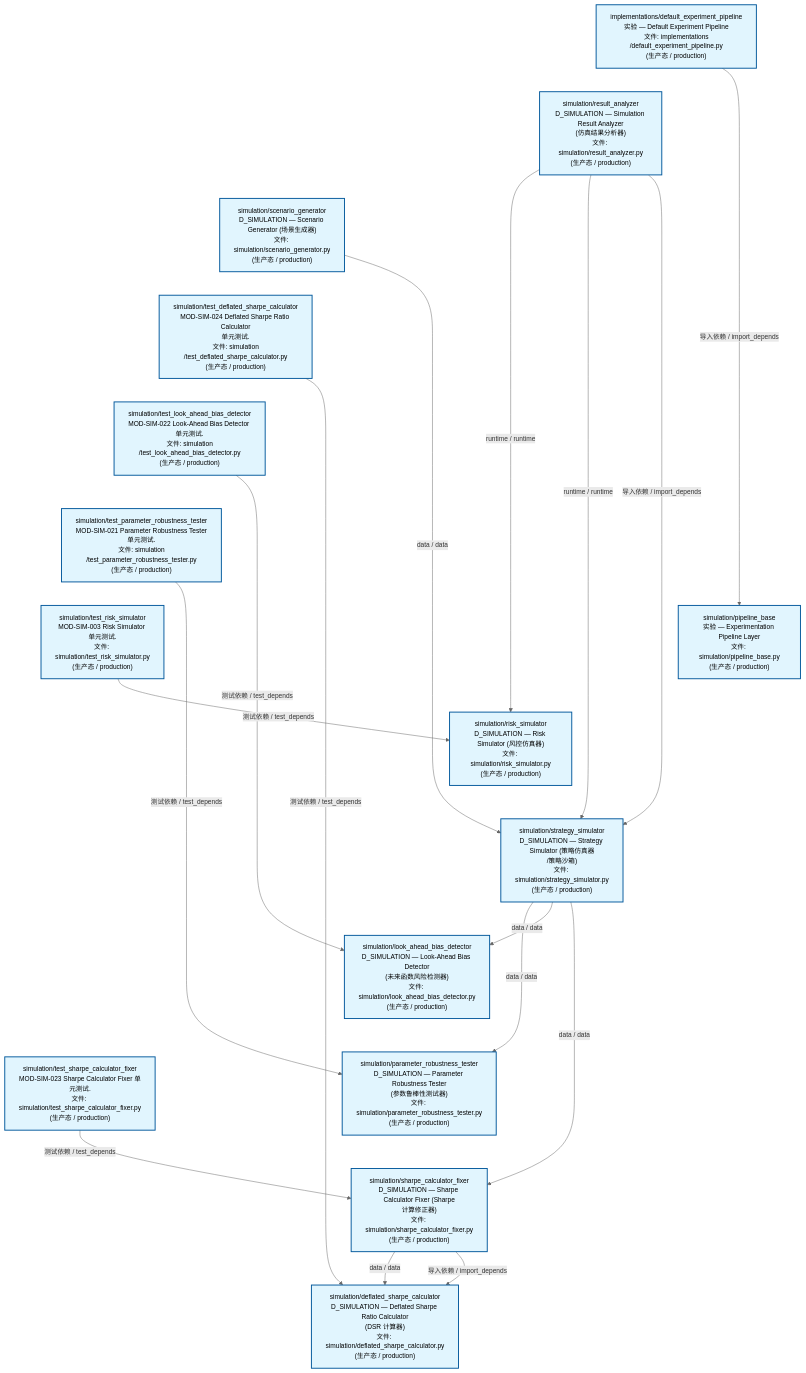
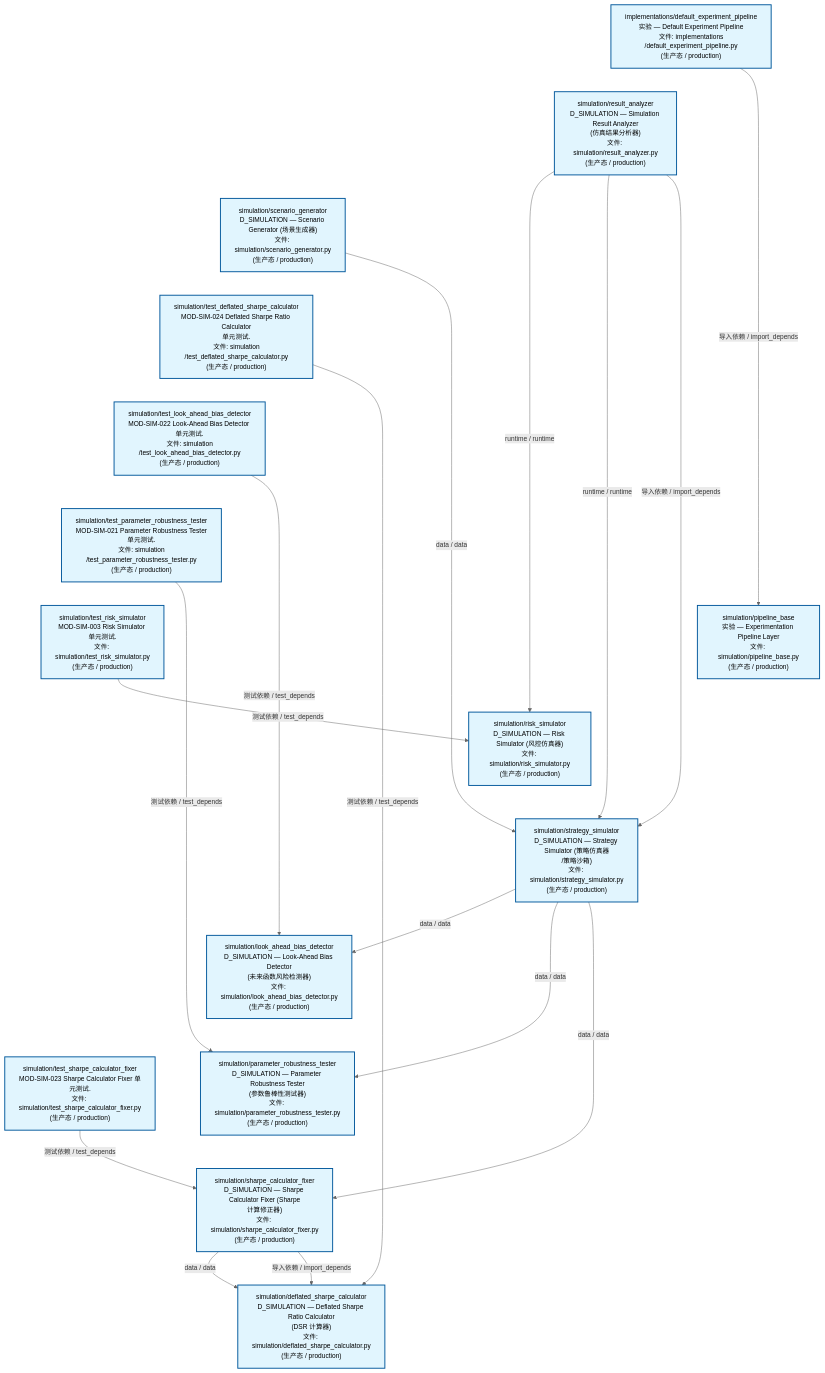
Before and after one commit to xuanFelixVan/ZephyrAlpha: the second of 3 diagrams in docs/02_enterprise_architecture/02_domain_architecture_docs/70_d_simulation.md, drawn with Mermaid. The commit also changed other lines of this file and 47 other files, not shown here.

````diff
--- a/docs/02_enterprise_architecture/02_domain_architecture_docs/70_d_simulation.md
+++ b/docs/02_enterprise_architecture/02_domain_architecture_docs/70_d_simulation.md
@@ -123,50 +123,50 @@
 ```mermaid
 %%{init: {'theme': 'base', 'themeVariables': {'primaryColor': '#eaeaea', 'primaryTextColor': '#333333', 'primaryBorderColor': '#666666', 'lineColor': '#666666', 'secondaryColor': '#eaeaea', 'tertiaryColor': '#eaeaea', 'fontSize': '14px'}}}%%
 flowchart TD
     src_zephyr_simulation_implementations_default_experiment_pipeline_py["implementations/default_experiment_pipeline<br/>实验 — Default Experiment Pipeline<br/>文件: implementations<br/>/default_experiment_pipeline.py<br/>(生产态 / production)"]
     src_zephyr_simulation_result_analyzer_py["simulation/result_analyzer<br/>D_SIMULATION — Simulation Result Analyzer<br/>(仿真结果分析器)<br/>文件: simulation/result_analyzer.py<br/>(生产态 / production)"]
     src_zephyr_simulation_scenario_generator_py["simulation/scenario_generator<br/>D_SIMULATION — Scenario Generator (场景生成器)<br/>文件: simulation/scenario_generator.py<br/>(生产态 / production)"]
     tests_simulation_test_deflated_sharpe_calculator_py["simulation/test_deflated_sharpe_calculator<br/>MOD-SIM-024 Deflated Sharpe Ratio Calculator<br/>单元测试.<br/>文件: simulation<br/>/test_deflated_sharpe_calculator.py<br/>(生产态 / production)"]
     tests_simulation_test_look_ahead_bias_detector_py["simulation/test_look_ahead_bias_detector<br/>MOD-SIM-022 Look-Ahead Bias Detector 单元测试.<br/>文件: simulation<br/>/test_look_ahead_bias_detector.py<br/>(生产态 / production)"]
     tests_simulation_test_parameter_robustness_tester_py["simulation/test_parameter_robustness_tester<br/>MOD-SIM-021 Parameter Robustness Tester<br/>单元测试.<br/>文件: simulation<br/>/test_parameter_robustness_tester.py<br/>(生产态 / production)"]
     tests_simulation_test_risk_simulator_py["simulation/test_risk_simulator<br/>MOD-SIM-003 Risk Simulator 单元测试.<br/>文件: simulation/test_risk_simulator.py<br/>(生产态 / production)"]
     tests_simulation_test_sharpe_calculator_fixer_py["simulation/test_sharpe_calculator_fixer<br/>MOD-SIM-023 Sharpe Calculator Fixer 单元测试.<br/>文件: simulation/test_sharpe_calculator_fixer.py<br/>(生产态 / production)"]
     src_zephyr_simulation_implementations_default_experiment_pipeline_py ~~~ src_zephyr_simulation_result_analyzer_py
     src_zephyr_simulation_result_analyzer_py ~~~ src_zephyr_simulation_scenario_generator_py
     src_zephyr_simulation_scenario_generator_py ~~~ tests_simulation_test_deflated_sharpe_calculator_py
     tests_simulation_test_deflated_sharpe_calculator_py ~~~ tests_simulation_test_look_ahead_bias_detector_py
     tests_simulation_test_look_ahead_bias_detector_py ~~~ tests_simulation_test_parameter_robustness_tester_py
     tests_simulation_test_parameter_robustness_tester_py ~~~ tests_simulation_test_risk_simulator_py
     tests_simulation_test_risk_simulator_py ~~~ tests_simulation_test_sharpe_calculator_fixer_py
     src_zephyr_simulation_pipeline_base_py["simulation/pipeline_base<br/>实验 — Experimentation Pipeline Layer<br/>文件: simulation/pipeline_base.py<br/>(生产态 / production)"]
     src_zephyr_simulation_risk_simulator_py["simulation/risk_simulator<br/>D_SIMULATION — Risk Simulator (风控仿真器)<br/>文件: simulation/risk_simulator.py<br/>(生产态 / production)"]
     src_zephyr_simulation_strategy_simulator_py["simulation/strategy_simulator<br/>D_SIMULATION — Strategy Simulator (策略仿真器<br/>/策略沙箱)<br/>文件: simulation/strategy_simulator.py<br/>(生产态 / production)"]
     src_zephyr_simulation_pipeline_base_py ~~~ src_zephyr_simulation_risk_simulator_py
     src_zephyr_simulation_risk_simulator_py ~~~ src_zephyr_simulation_strategy_simulator_py
     src_zephyr_simulation_look_ahead_bias_detector_py["simulation/look_ahead_bias_detector<br/>D_SIMULATION — Look-Ahead Bias Detector<br/>(未来函数风险检测器)<br/>文件: simulation/look_ahead_bias_detector.py<br/>(生产态 / production)"]
     src_zephyr_simulation_parameter_robustness_tester_py["simulation/parameter_robustness_tester<br/>D_SIMULATION — Parameter Robustness Tester<br/>(参数鲁棒性测试器)<br/>文件: simulation/parameter_robustness_tester.py<br/>(生产态 / production)"]
     src_zephyr_simulation_sharpe_calculator_fixer_py["simulation/sharpe_calculator_fixer<br/>D_SIMULATION — Sharpe Calculator Fixer (Sharpe<br/>计算修正器)<br/>文件: simulation/sharpe_calculator_fixer.py<br/>(生产态 / production)"]
     src_zephyr_simulation_look_ahead_bias_detector_py ~~~ src_zephyr_simulation_parameter_robustness_tester_py
     src_zephyr_simulation_parameter_robustness_tester_py ~~~ src_zephyr_simulation_sharpe_calculator_fixer_py
     src_zephyr_simulation_deflated_sharpe_calculator_py["simulation/deflated_sharpe_calculator<br/>D_SIMULATION — Deflated Sharpe Ratio Calculator<br/>(DSR 计算器)<br/>文件: simulation/deflated_sharpe_calculator.py<br/>(生产态 / production)"]
+    src_zephyr_simulation_scenario_generator_py -->|data / data| src_zephyr_simulation_strategy_simulator_py
+    src_zephyr_simulation_sharpe_calculator_fixer_py -->|data / data| src_zephyr_simulation_deflated_sharpe_calculator_py
+    src_zephyr_simulation_sharpe_calculator_fixer_py -->|导入依赖 / import_depends| src_zephyr_simulation_deflated_sharpe_calculator_py
+    src_zephyr_simulation_strategy_simulator_py -->|data / data| src_zephyr_simulation_look_ahead_bias_detector_py
+    src_zephyr_simulation_strategy_simulator_py -->|data / data| src_zephyr_simulation_parameter_robustness_tester_py
+    src_zephyr_simulation_strategy_simulator_py -->|data / data| src_zephyr_simulation_sharpe_calculator_fixer_py
     src_zephyr_simulation_result_analyzer_py -->|runtime / runtime| src_zephyr_simulation_risk_simulator_py
     src_zephyr_simulation_result_analyzer_py -->|runtime / runtime| src_zephyr_simulation_strategy_simulator_py
     src_zephyr_simulation_result_analyzer_py -->|导入依赖 / import_depends| src_zephyr_simulation_strategy_simulator_py
-    src_zephyr_simulation_scenario_generator_py -->|data / data| src_zephyr_simulation_strategy_simulator_py
-    src_zephyr_simulation_sharpe_calculator_fixer_py -->|data / data| src_zephyr_simulation_deflated_sharpe_calculator_py
-    src_zephyr_simulation_sharpe_calculator_fixer_py -->|导入依赖 / import_depends| src_zephyr_simulation_deflated_sharpe_calculator_py
-    src_zephyr_simulation_strategy_simulator_py -->|data / data| src_zephyr_simulation_parameter_robustness_tester_py
-    src_zephyr_simulation_strategy_simulator_py -->|data / data| src_zephyr_simulation_look_ahead_bias_detector_py
-    src_zephyr_simulation_strategy_simulator_py -->|data / data| src_zephyr_simulation_sharpe_calculator_fixer_py
     src_zephyr_simulation_implementations_default_experiment_pipeline_py -->|导入依赖 / import_depends| src_zephyr_simulation_pipeline_base_py
+    tests_simulation_test_deflated_sharpe_calculator_py -->|测试依赖 / test_depends| src_zephyr_simulation_deflated_sharpe_calculator_py
+    tests_simulation_test_sharpe_calculator_fixer_py -->|测试依赖 / test_depends| src_zephyr_simulation_sharpe_calculator_fixer_py
     tests_simulation_test_look_ahead_bias_detector_py -->|测试依赖 / test_depends| src_zephyr_simulation_look_ahead_bias_detector_py
-    tests_simulation_test_sharpe_calculator_fixer_py -->|测试依赖 / test_depends| src_zephyr_simulation_sharpe_calculator_fixer_py
-    tests_simulation_test_deflated_sharpe_calculator_py -->|测试依赖 / test_depends| src_zephyr_simulation_deflated_sharpe_calculator_py
+    tests_simulation_test_risk_simulator_py -->|测试依赖 / test_depends| src_zephyr_simulation_risk_simulator_py
     tests_simulation_test_parameter_robustness_tester_py -->|测试依赖 / test_depends| src_zephyr_simulation_parameter_robustness_tester_py
-    tests_simulation_test_risk_simulator_py -->|测试依赖 / test_depends| src_zephyr_simulation_risk_simulator_py
     classDef production fill:#e1f5fe,stroke:#01579b,stroke-width:2px,color:#000
     classDef design fill:#fff3e0,stroke:#e65100,stroke-width:2px,color:#000,stroke-dasharray: 5 5
     classDef external_prod fill:#e8f4fd,stroke:#0277bd,stroke-width:1px,color:#000
     classDef external_design fill:#fff8e7,stroke:#ef6c00,stroke-width:1px,color:#000,stroke-dasharray: 5 5
     class src_zephyr_simulation_deflated_sharpe_calculator_py,src_zephyr_simulation_implementations_default_experiment_pipeline_py,src_zephyr_simulation_look_ahead_bias_detector_py,src_zephyr_simulation_parameter_robustness_tester_py,src_zephyr_simulation_pipeline_base_py,src_zephyr_simulation_result_analyzer_py,src_zephyr_simulation_risk_simulator_py,src_zephyr_simulation_scenario_generator_py,src_zephyr_simulation_sharpe_calculator_fixer_py,src_zephyr_simulation_strategy_simulator_py,tests_simulation_test_deflated_sharpe_calculator_py,tests_simulation_test_look_ahead_bias_detector_py,tests_simulation_test_parameter_robustness_tester_py,tests_simulation_test_risk_simulator_py,tests_simulation_test_sharpe_calculator_fixer_py production
 ```
````
